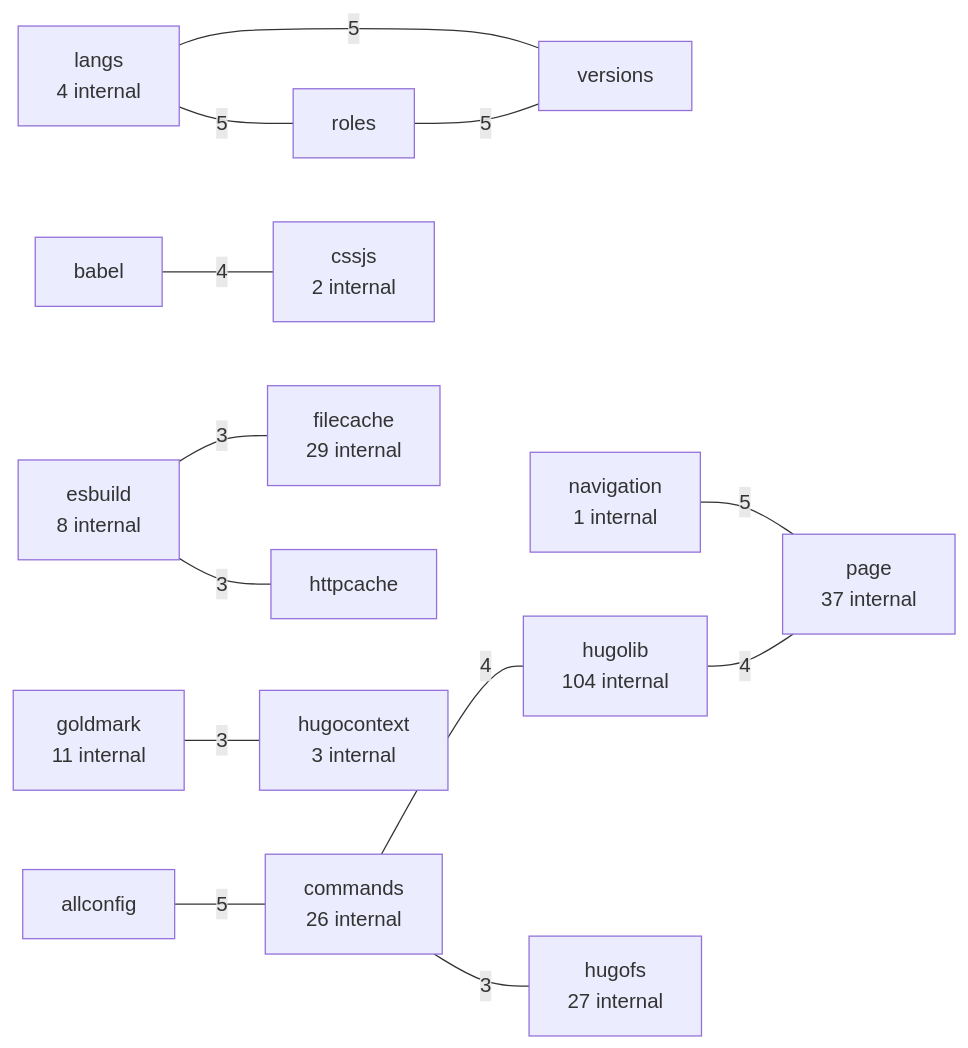
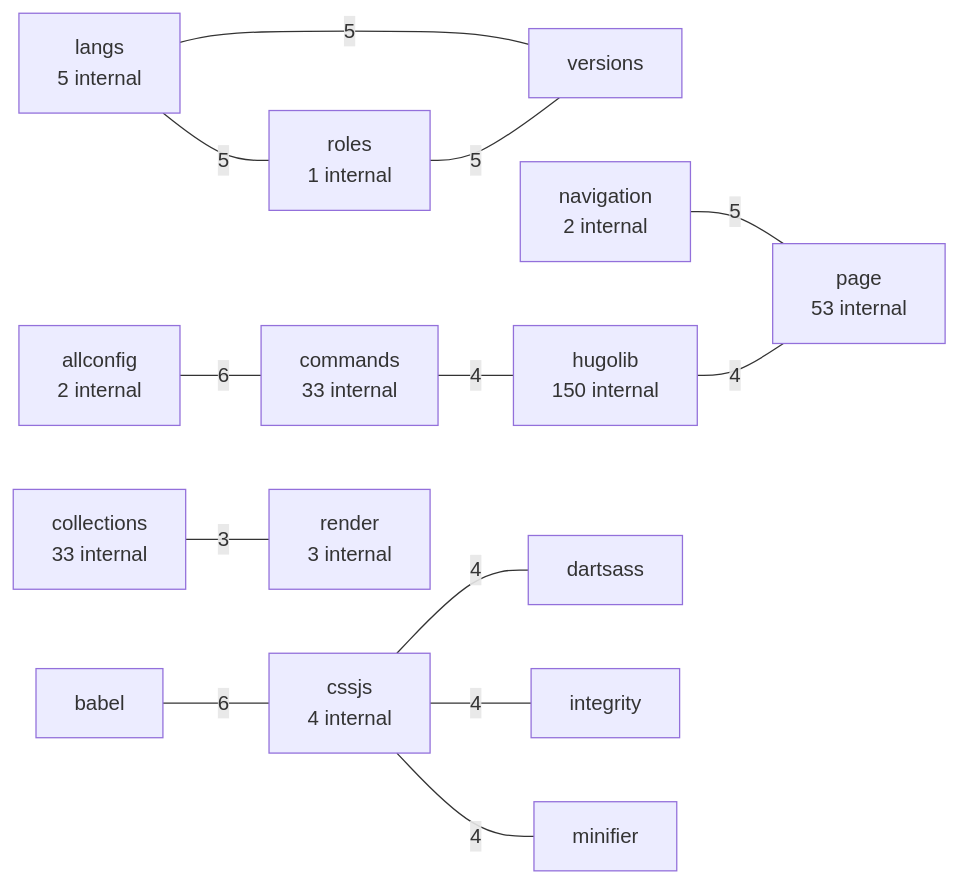
One commit to LukasSelin/doppel changed the second of 3 diagrams in examples/hugo.md. Above: the diagram before and after it, drawn with Mermaid. The commit also changed other lines of this file and 6 other files, not shown here.

````diff
--- a/examples/hugo.md
+++ b/examples/hugo.md
@@ -123,31 +123,30 @@
 ```mermaid
 flowchart LR
-    p0["allconfig"]
-    p1["commands<br/>26 internal"]
-    p0 ---|"5"| p1
-    p2["langs<br/>4 internal"]
-    p3["roles"]
-    p2 ---|"5"| p3
-    p4["versions"]
-    p2 ---|"5"| p4
-    p5["navigation<br/>1 internal"]
-    p6["page<br/>37 internal"]
+    p0["allconfig<br/>2 internal"]
+    p1["commands<br/>33 internal"]
+    p0 ---|"6"| p1
+    p2["babel"]
+    p3["cssjs<br/>4 internal"]
+    p2 ---|"6"| p3
+    p4["langs<br/>5 internal"]
+    p5["roles<br/>1 internal"]
+    p4 ---|"5"| p5
+    p6["versions"]
+    p4 ---|"5"| p6
+    p7["navigation<br/>2 internal"]
+    p8["page<br/>53 internal"]
+    p7 ---|"5"| p8
     p5 ---|"5"| p6
-    p3 ---|"5"| p4
-    p7["babel"]
-    p8["cssjs<br/>2 internal"]
-    p7 ---|"4"| p8
-    p9["hugolib<br/>104 internal"]
+    p9["hugolib<br/>150 internal"]
     p1 ---|"4"| p9
-    p9 ---|"4"| p6
-    p10["hugofs<br/>27 internal"]
-    p1 ---|"3"| p10
-    p11["esbuild<br/>8 internal"]
-    p12["filecache<br/>29 internal"]
-    p11 ---|"3"| p12
-    p13["httpcache"]
-    p11 ---|"3"| p13
-    p14["goldmark<br/>11 internal"]
-    p15["hugocontext<br/>3 internal"]
-    p14 ---|"3"| p15
+    p10["dartsass"]
+    p3 ---|"4"| p10
+    p11["integrity"]
+    p3 ---|"4"| p11
+    p12["minifier"]
+    p3 ---|"4"| p12
+    p9 ---|"4"| p8
+    p13["collections<br/>33 internal"]
+    p14["render<br/>3 internal"]
+    p13 ---|"3"| p14
 ```
````
